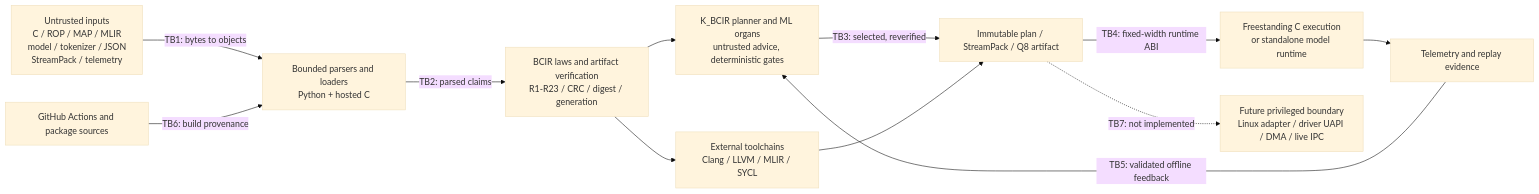
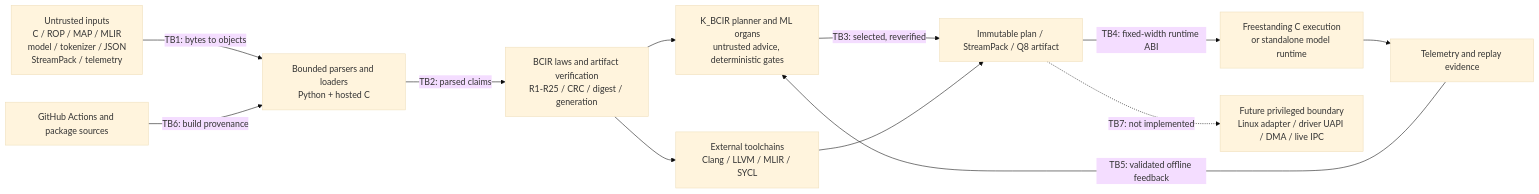
Before and after one commit to Mecca-Research/Binary-Correspondence-Intermediate-Representation: the diagram in docs/research/BCIR_SECURITY_THREAT_MODEL.md, drawn with Mermaid (base theme). The commit also changed 40 other files, not shown here.

````diff
--- a/docs/research/BCIR_SECURITY_THREAT_MODEL.md
+++ b/docs/research/BCIR_SECURITY_THREAT_MODEL.md
@@ -17,25 +17,25 @@
 ```mermaid
 flowchart LR
     U["Untrusted inputs<br/>C / ROP / MAP / MLIR<br/>model / tokenizer / JSON<br/>StreamPack / telemetry"]
     P["Bounded parsers and loaders<br/>Python + hosted C"]
-    V["BCIR laws and artifact verification<br/>R1-R23 / CRC / digest / generation"]
+    V["BCIR laws and artifact verification<br/>R1-R25 / CRC / digest / generation"]
     O["K_BCIR planner and ML organs<br/>untrusted advice, deterministic gates"]
     A["Immutable plan / StreamPack / Q8 artifact"]
     X["Freestanding C execution<br/>or standalone model runtime"]
     T["Telemetry and replay evidence"]
     E["External toolchains<br/>Clang / LLVM / MLIR / SYCL"]
     CI["GitHub Actions and package sources"]
     F["Future privileged boundary<br/>Linux adapter / driver UAPI / DMA / live IPC"]
 
     U -->|"TB1: bytes to objects"| P
     P -->|"TB2: parsed claims"| V
     V --> O
     O -->|"TB3: selected, reverified"| A
     A -->|"TB4: fixed-width runtime ABI"| X
     X --> T
     T -->|"TB5: validated offline feedback"| O
     V --> E
     E --> A
     CI -->|"TB6: build provenance"| P
     A -.->|"TB7: not implemented"| F
 ```
````
